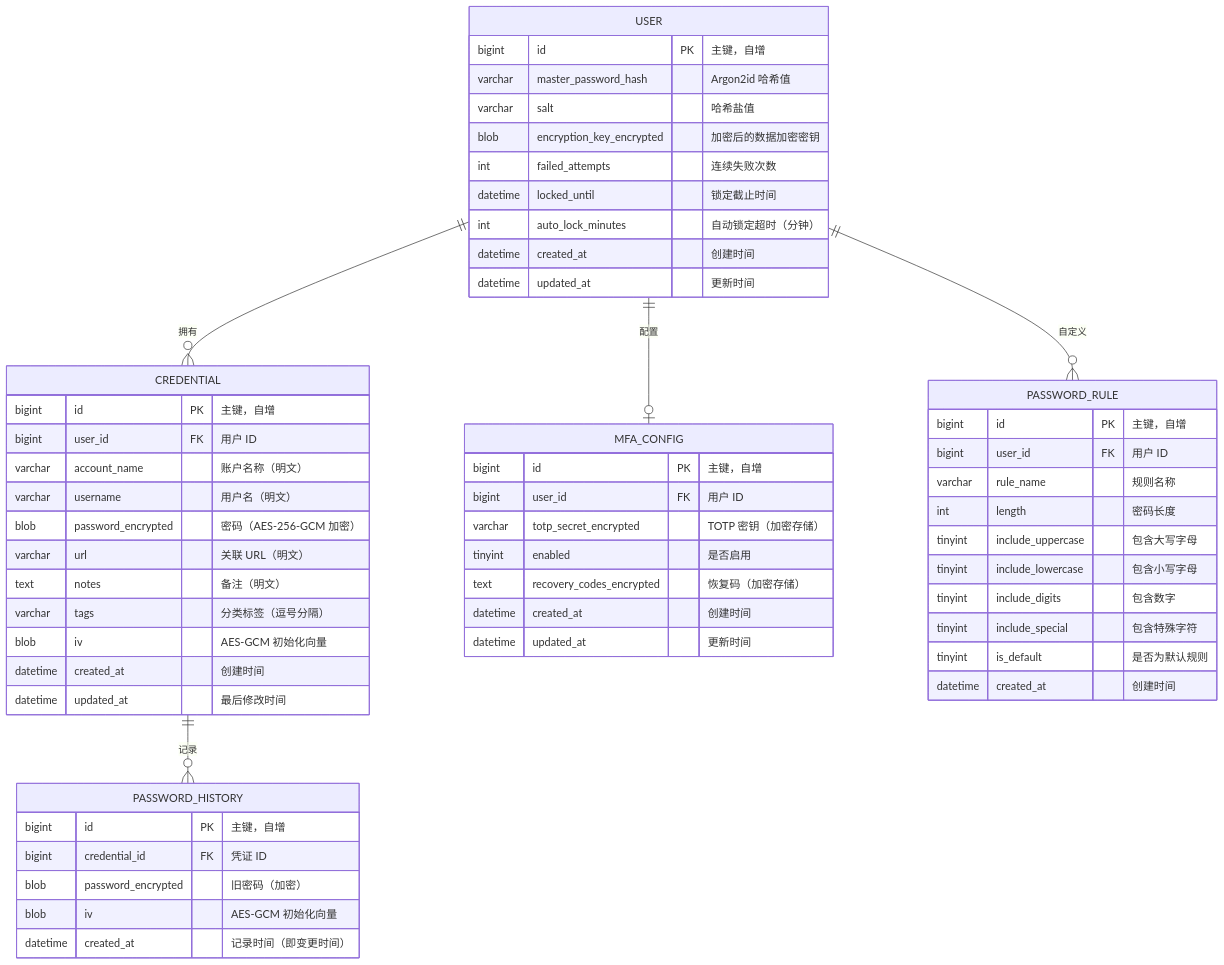
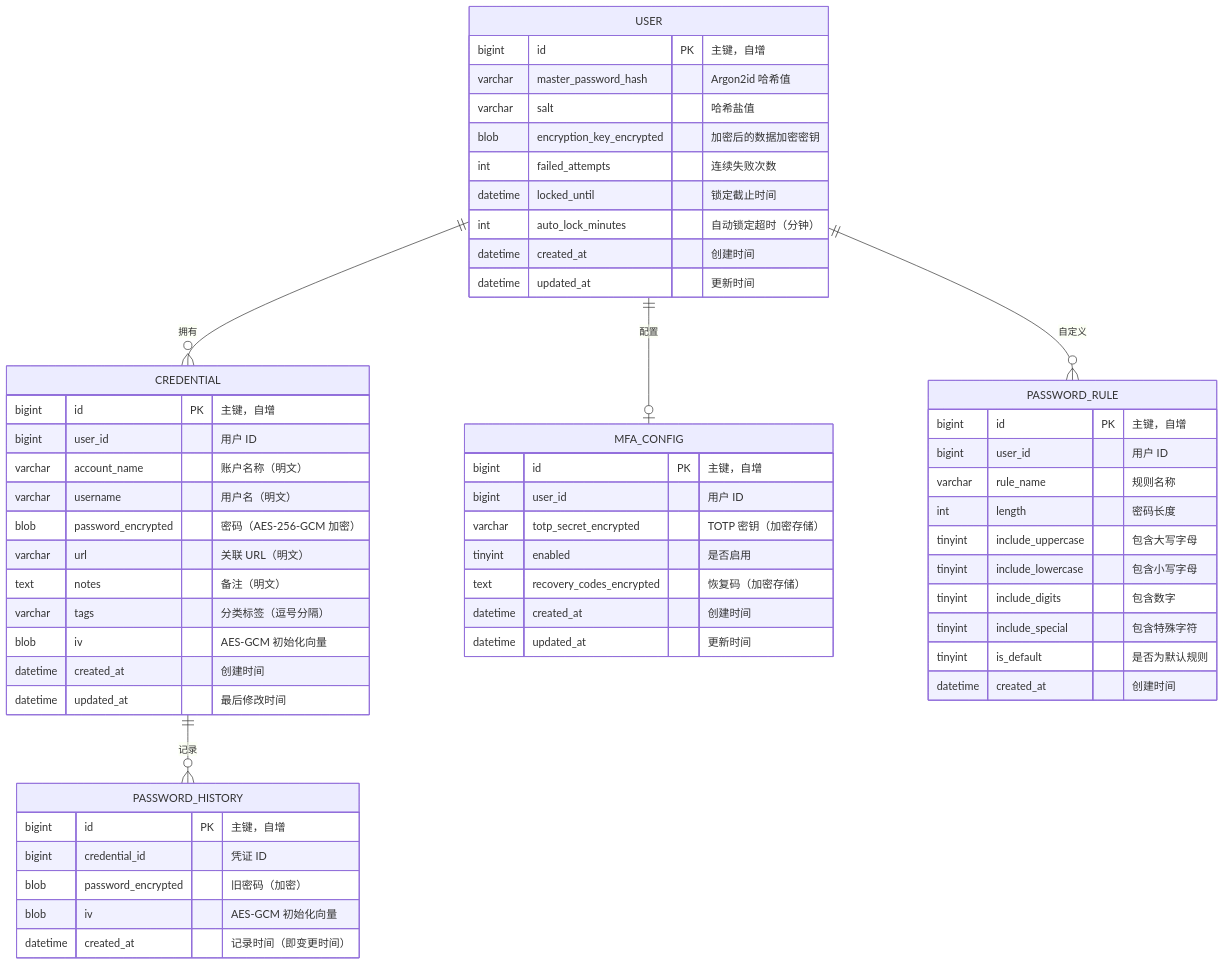
Before and after one commit to XiaoLu-Huo/password-manager: the second of 5 diagrams in .kiro/specs/password-manager/design.md, drawn with Mermaid. The commit also changed other lines of this file and 5 other files, not shown here.

````diff
--- a/.kiro/specs/password-manager/design.md
+++ b/.kiro/specs/password-manager/design.md
@@ -418,64 +418,64 @@
 ```mermaid
 erDiagram
     USER ||--o{ CREDENTIAL : "拥有"
     USER ||--o| MFA_CONFIG : "配置"
     USER ||--o{ PASSWORD_RULE : "自定义"
     CREDENTIAL ||--o{ PASSWORD_HISTORY : "记录"
 
     USER {
         bigint id PK "主键，自增"
         varchar master_password_hash "Argon2id 哈希值"
         varchar salt "哈希盐值"
         blob encryption_key_encrypted "加密后的数据加密密钥"
         int failed_attempts "连续失败次数"
         datetime locked_until "锁定截止时间"
         int auto_lock_minutes "自动锁定超时（分钟）"
         datetime created_at "创建时间"
         datetime updated_at "更新时间"
     }
 
     CREDENTIAL {
         bigint id PK "主键，自增"
-        bigint user_id FK "用户 ID"
+        bigint user_id "用户 ID"
         varchar account_name "账户名称（明文）"
         varchar username "用户名（明文）"
         blob password_encrypted "密码（AES-256-GCM 加密）"
         varchar url "关联 URL（明文）"
         text notes "备注（明文）"
         varchar tags "分类标签（逗号分隔）"
         blob iv "AES-GCM 初始化向量"
         datetime created_at "创建时间"
         datetime updated_at "最后修改时间"
     }
 
     PASSWORD_HISTORY {
         bigint id PK "主键，自增"
-        bigint credential_id FK "凭证 ID"
+        bigint credential_id "凭证 ID"
         blob password_encrypted "旧密码（加密）"
         blob iv "AES-GCM 初始化向量"
         datetime created_at "记录时间（即变更时间）"
     }
 
     PASSWORD_RULE {
         bigint id PK "主键，自增"
-        bigint user_id FK "用户 ID"
+        bigint user_id "用户 ID"
         varchar rule_name "规则名称"
         int length "密码长度"
         tinyint include_uppercase "包含大写字母"
         tinyint include_lowercase "包含小写字母"
         tinyint include_digits "包含数字"
         tinyint include_special "包含特殊字符"
         tinyint is_default "是否为默认规则"
         datetime created_at "创建时间"
     }
 
     MFA_CONFIG {
         bigint id PK "主键，自增"
-        bigint user_id FK "用户 ID"
+        bigint user_id "用户 ID"
         varchar totp_secret_encrypted "TOTP 密钥（加密存储）"
         tinyint enabled "是否启用"
         text recovery_codes_encrypted "恢复码（加密存储）"
         datetime created_at "创建时间"
         datetime updated_at "更新时间"
     }
 ```
````
